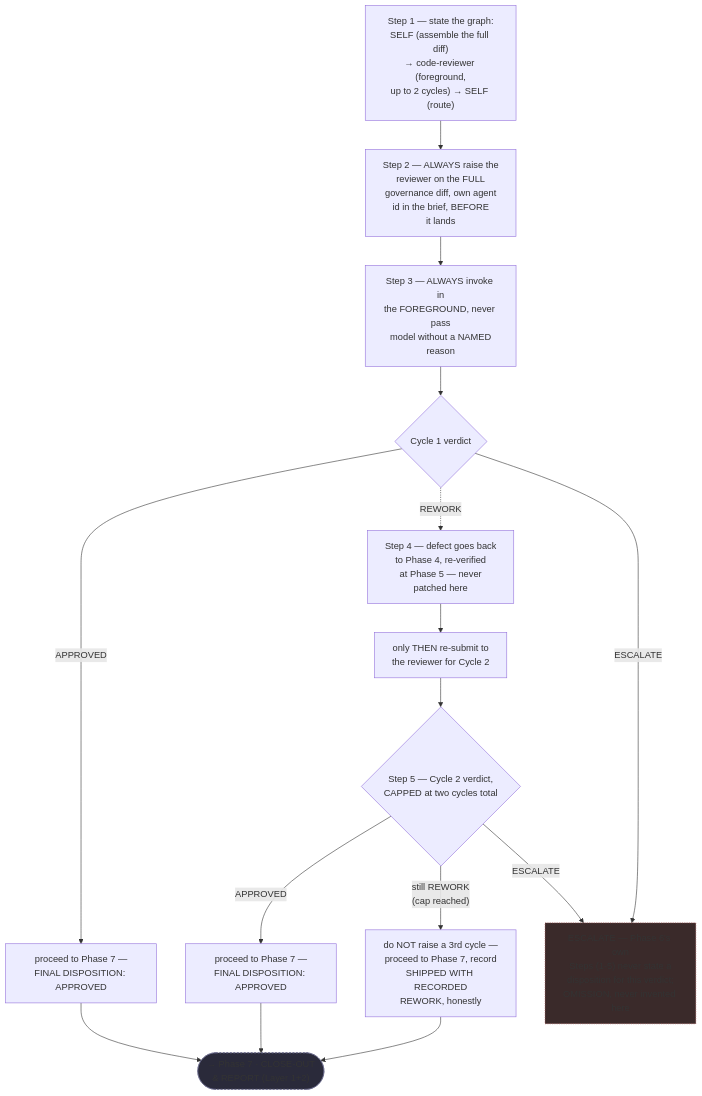
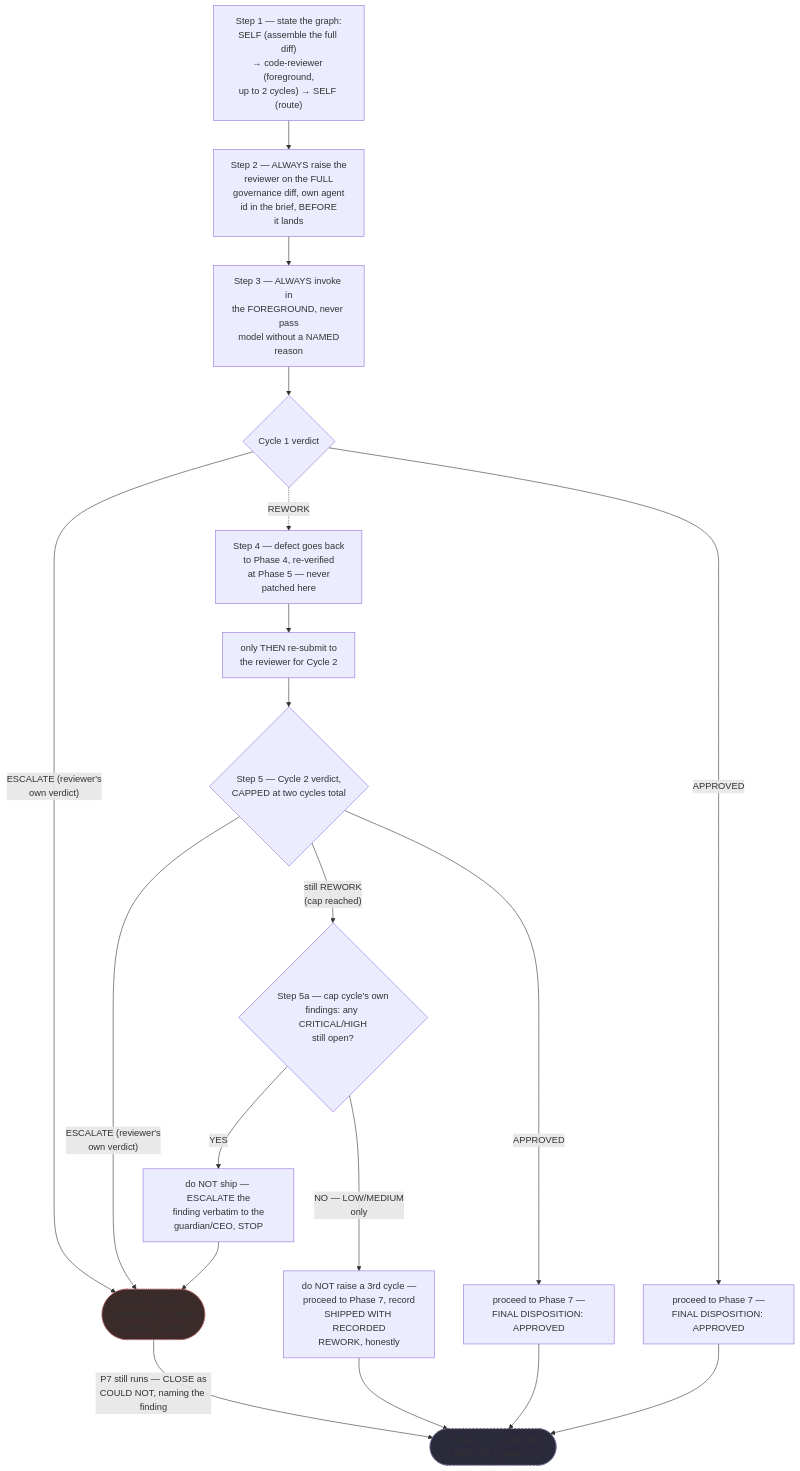
One commit to Wilman2612/grimorio-agents changed the eighth of 9 diagrams in .claude/skills/grimorio.agent-writing/system-keeper-phases/system-keeper-quasi-software-view.md. Above: the diagram before and after it, drawn with Mermaid. The commit also changed other lines of this file and 213 other files, not shown here.

````diff
--- a/.claude/skills/grimorio.agent-writing/system-keeper-phases/system-keeper-quasi-software-view.md
+++ b/.claude/skills/grimorio.agent-writing/system-keeper-phases/system-keeper-quasi-software-view.md
@@ -454,24 +467,28 @@
 ```mermaid
 flowchart TB
     X1["Step 1 — state the graph:<br/>SELF (assemble the full diff)<br/>→ code-reviewer (foreground,<br/>up to 2 cycles) → SELF (route)"] --> X2["Step 2 — ALWAYS raise the<br/>reviewer on the FULL<br/>governance diff, own agent<br/>id in the brief, BEFORE<br/>it lands"]
     X2 --> X3["Step 3 — ALWAYS invoke in<br/>the FOREGROUND, never pass<br/>model without a NAMED<br/>reason"]
     X3 --> X4{"Cycle 1 verdict"}
     X4 -.->|"REWORK"| X4a["Step 4 — defect goes back<br/>to Phase 4, re-verified<br/>at Phase 5 — never<br/>patched here"]
     X4a --> X4b["only THEN re-submit to<br/>the reviewer for Cycle 2"]
     X4b --> X5{"Step 5 — Cycle 2 verdict,<br/>CAPPED at two cycles total"}
-    X5 -->|"still REWORK<br/>(cap reached)"| X5a["do NOT raise a 3rd cycle —<br/>proceed to Phase 7, record<br/>SHIPPED WITH RECORDED<br/>REWORK, honestly"]
+    X5 -->|"still REWORK<br/>(cap reached)"| X5sev{"Step 5a — cap cycle's own<br/>findings: any CRITICAL/HIGH<br/>still open?"}
+    X5sev -->|"NO — LOW/MEDIUM<br/>only"| X5a["do NOT raise a 3rd cycle —<br/>proceed to Phase 7, record<br/>SHIPPED WITH RECORDED<br/>REWORK, honestly"]
+    X5sev -->|"YES"| X5esc["do NOT ship — ESCALATE the<br/>finding verbatim to the<br/>guardian/CEO, STOP"]
     X5 -->|"APPROVED"| X5b["proceed to Phase 7 —<br/>FINAL DISPOSITION: APPROVED"]
     X4 -->|"APPROVED"| X4c["proceed to Phase 7 —<br/>FINAL DISPOSITION: APPROVED"]
-    X4 -->|"ESCALATE"| OMIT6
-    X5 -->|"ESCALATE"| OMIT6
-    OMIT6["ESCALATE — Phase 6's own<br/>Steps (1-5) never state a<br/>disposition for this verdict;<br/>OMISSION, never invented here"]
+    X4 -->|"ESCALATE (reviewer's<br/>own verdict)"| ESC
+    X5 -->|"ESCALATE (reviewer's<br/>own verdict)"| ESC
+    X5esc --> ESC
+    ESC(["ESCALATED —<br/>guardian/CEO must<br/>resolve, no ship"])
+    ESC -->|"P7 still runs — CLOSE as<br/>COULD NOT, naming the finding"| EXIT6
     X5a --> EXIT6
     X5b --> EXIT6
     X4c --> EXIT6
     EXIT6(["→ Phase 7 · CLOSE-OUT<br/>& REPORT (Layer 1+2)"])
 
     classDef exit fill:#2a2a3a,stroke:#668,stroke-dasharray: 3 3
     class EXIT6 exit
-    classDef omission fill:#3a2a2a,stroke:#a55,stroke-dasharray: 2 2
-    class OMIT6 omission
+    classDef escalate fill:#3a2a2a,stroke:#a55,stroke-dasharray: 2 2
+    class ESC escalate
 ```
````
